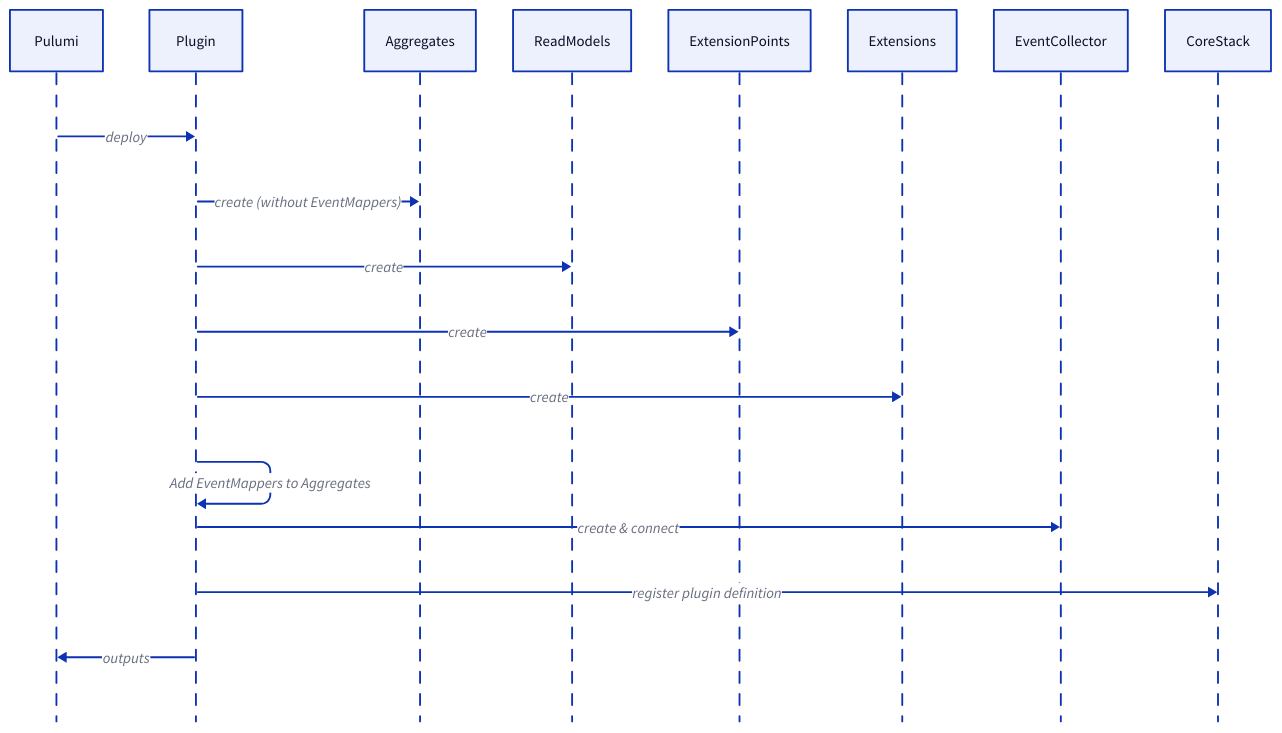
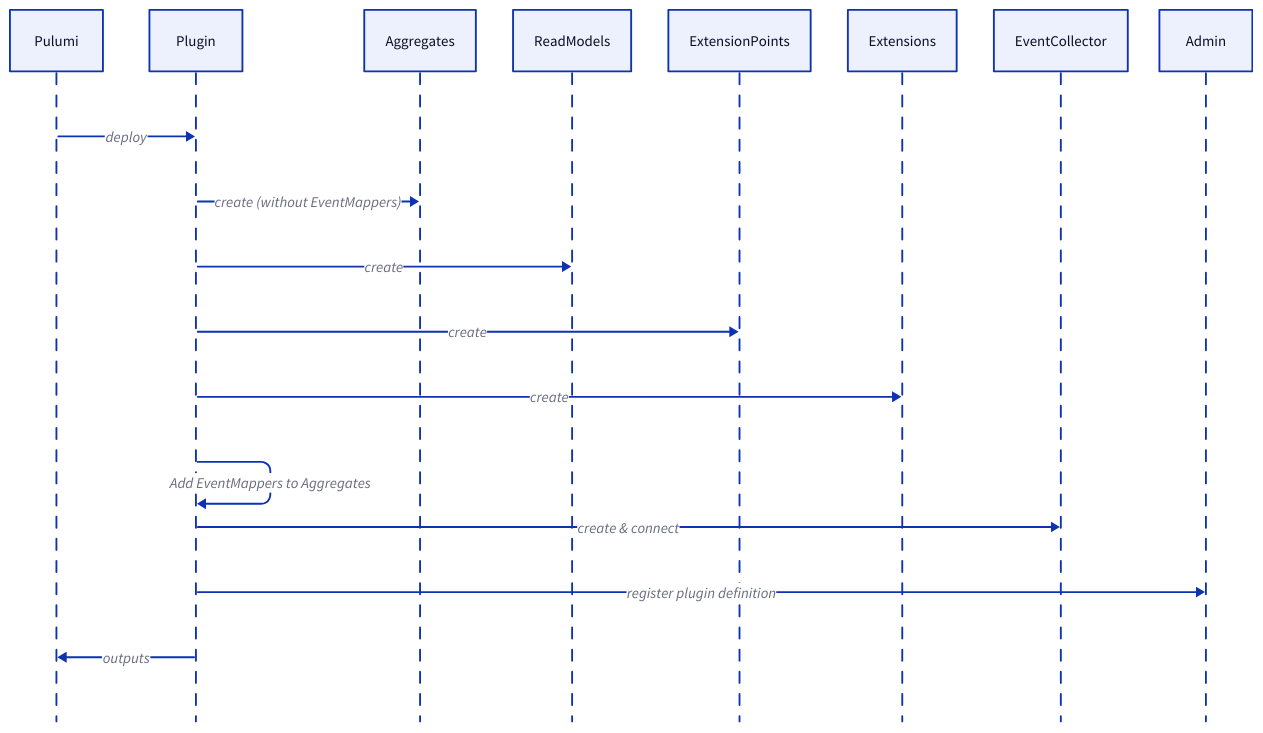
One commit to ReventlessDev/reventless-core changed the fourth of 5 diagrams in packages/doc/docs-app/components/plugin.md. Above: the diagram before and after it, drawn with D2. The commit also changed other lines of this file and 92 other files, not shown here.

````diff
--- a/packages/doc/docs-app/components/plugin.md
+++ b/packages/doc/docs-app/components/plugin.md
@@ -294,22 +294,22 @@
 ```d2
 shape: sequence_diagram
 
 Pulumi: Pulumi { class: external-system }
 Plugin: Plugin { class: plugin }
 Aggregates: Aggregates { class: aggregate }
 ReadModels: ReadModels { class: read-model }
 ExtensionPoints: ExtensionPoints { class: extension-point }
 Extensions: Extensions { class: extension }
 EventCollector: EventCollector { class: event-collector }
-CoreStack: CoreStack { class: external-system }
+Admin: Admin { class: external-system }
 
 Pulumi -> Plugin: deploy
 Plugin -> Aggregates: "create (without EventMappers)"
 Plugin -> ReadModels: create
 Plugin -> ExtensionPoints: create
 Plugin -> Extensions: create
 Plugin -> Plugin: Add EventMappers to Aggregates
 Plugin -> EventCollector: create & connect
-Plugin -> CoreStack: register plugin definition
+Plugin -> Admin: register plugin definition
 Plugin --> Pulumi: outputs
 ```
````
